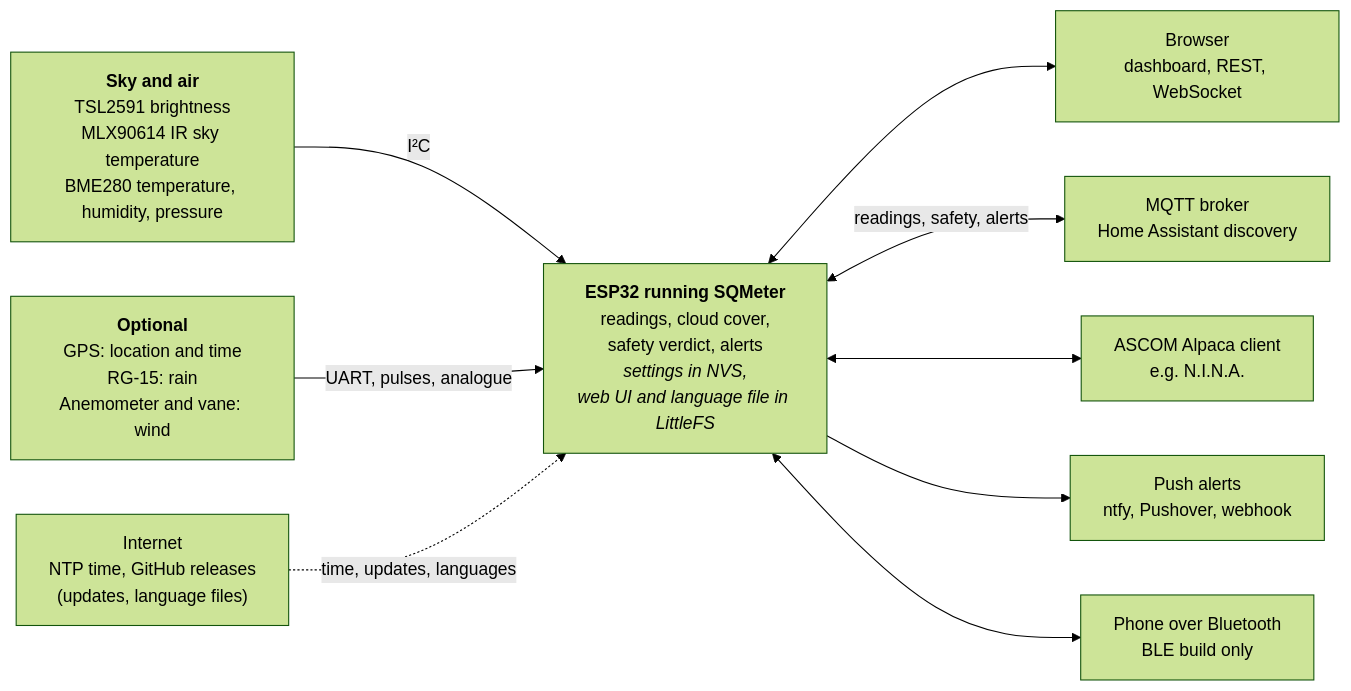
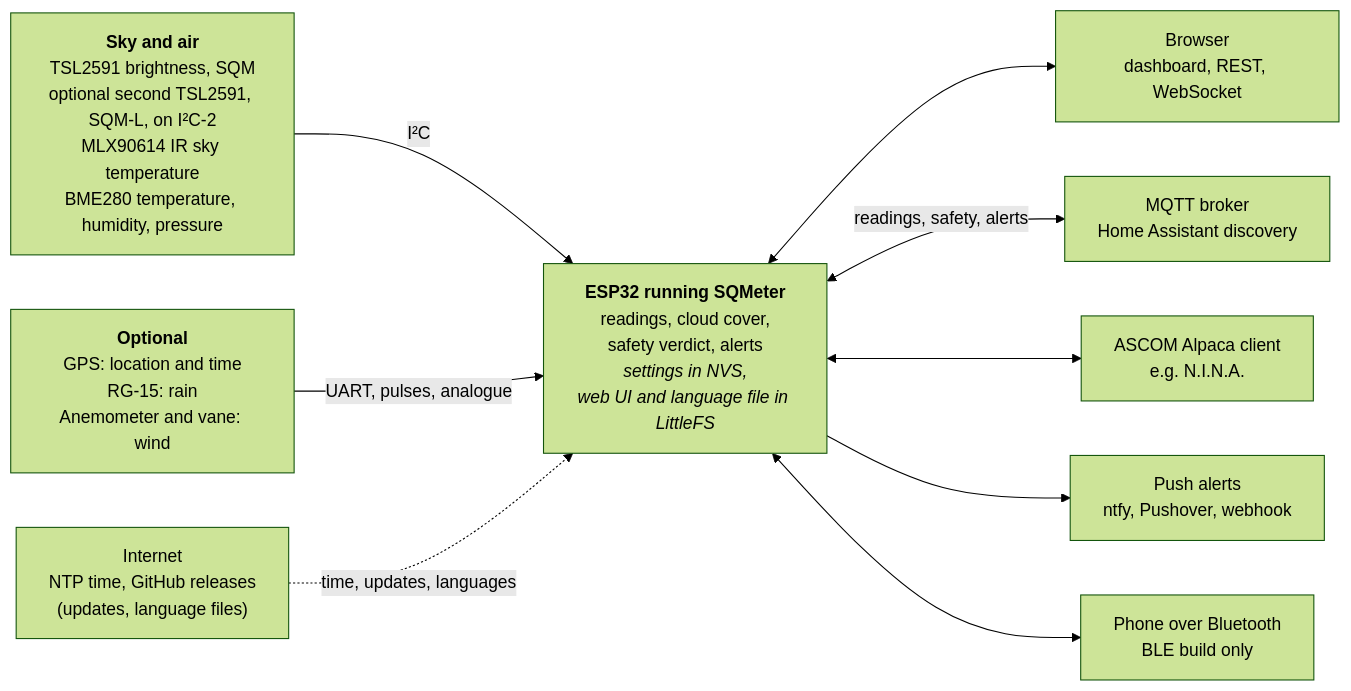
Before and after one commit to DeanJ87/SQMeter: the diagram in README.md, drawn with Mermaid (forest theme). The commit also changed other lines of this file and 169 other files, not shown here.

First line of the commit message:
feat: two sky sensors, SQM and SQM-L (spec 030, v0.4 alpha) (#155)

````diff
--- a/README.md
+++ b/README.md
@@ -31,22 +31,22 @@
 ```mermaid
 flowchart LR
     accTitle: What SQMeter connects to
     accDescr: Sensors feed the ESP32. It keeps its settings and web UI on the device, serves a dashboard and APIs to browsers, publishes to an MQTT broker, answers ASCOM Alpaca clients such as N.I.N.A., and sends alerts to push services and paired phones.
-    I2C["<b>Sky and air</b><br/>TSL2591 brightness<br/>MLX90614 IR sky temperature<br/>BME280 temperature, humidity, pressure"]
+    I2C["<b>Sky and air</b><br/>TSL2591 brightness, SQM<br/>optional second TSL2591, SQM-L, on I²C-2<br/>MLX90614 IR sky temperature<br/>BME280 temperature, humidity, pressure"]
     OPT["<b>Optional</b><br/>GPS: location and time<br/>RG-15: rain<br/>Anemometer and vane: wind"]
     ESP["<b>ESP32 running SQMeter</b><br/>readings, cloud cover,<br/>safety verdict, alerts<br/><i>settings in NVS,<br/>web UI and language file in LittleFS</i>"]
     WEB["Browser<br/>dashboard, REST, WebSocket"]
     MQTT["MQTT broker<br/>Home Assistant discovery"]
     ALPACA["ASCOM Alpaca client<br/>e.g. N.I.N.A."]
     PUSH["Push alerts<br/>ntfy, Pushover, webhook"]
     PHONE["Phone over Bluetooth<br/>BLE build only"]
     NET["Internet<br/>NTP time, GitHub releases<br/>(updates, language files)"]
     I2C -->|I²C| ESP
     OPT -->|UART, pulses, analogue| ESP
     NET -.->|time, updates, languages| ESP
     ESP <--> WEB
     ESP <-->|readings, safety, alerts| MQTT
     ESP <--> ALPACA
     ESP --> PUSH
     ESP <--> PHONE
 ```
````
